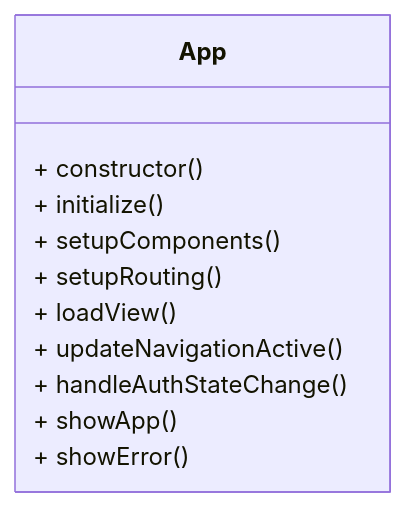
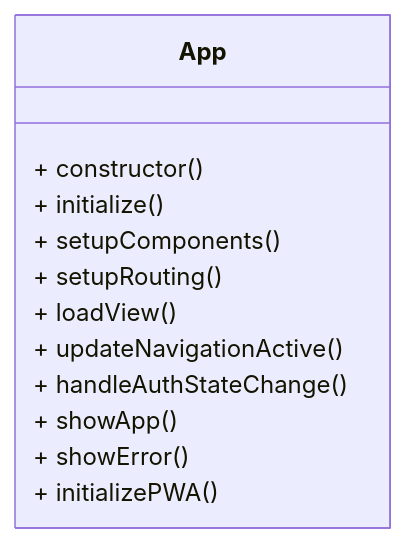
The second of 2 diagrams in project-graph.mmd (thetrev68/stock_sim), drawn with Mermaid before and after one commit. The commit also changed other lines of this file and 7 other files, not shown here.

````diff
--- a/project-graph.mmd
+++ b/project-graph.mmd
@@ -128,14 +144,15 @@
 ```mermaid
 classDiagram
   class App {
     + constructor()
     + initialize()
     + setupComponents()
     + setupRouting()
     + loadView()
     + updateNavigationActive()
     + handleAuthStateChange()
     + showApp()
     + showError()
+    + initializePWA()
   }
 ```
````
